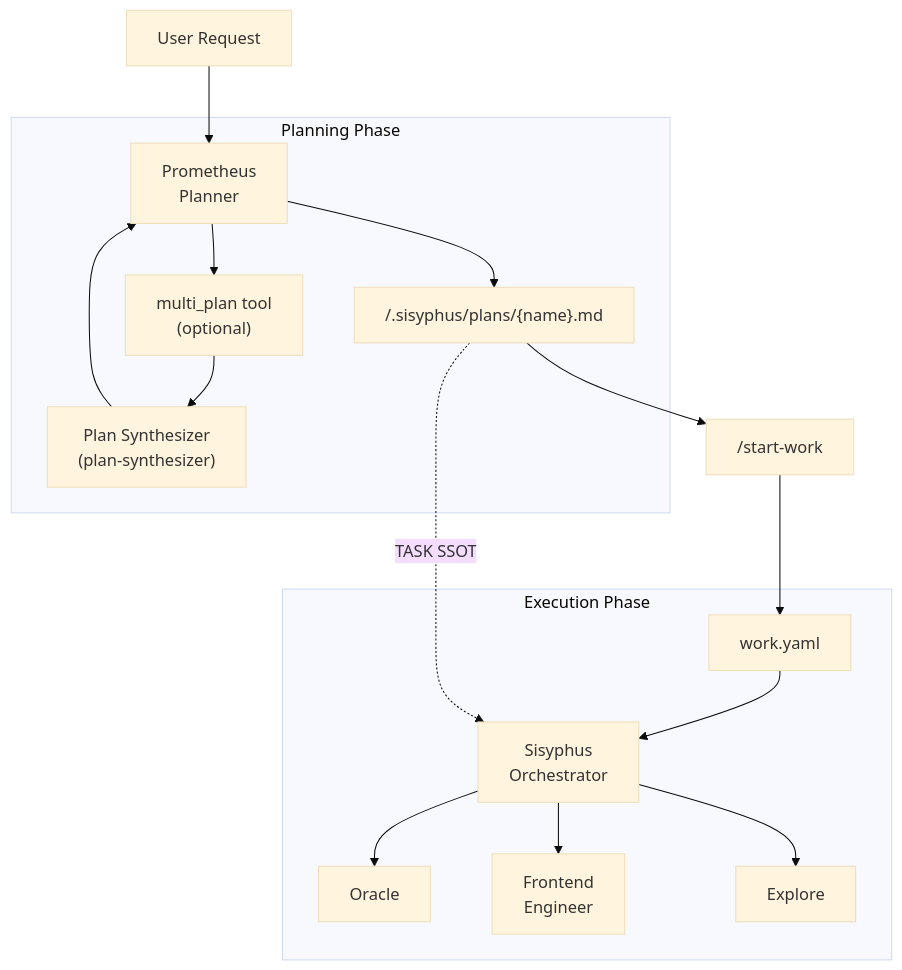
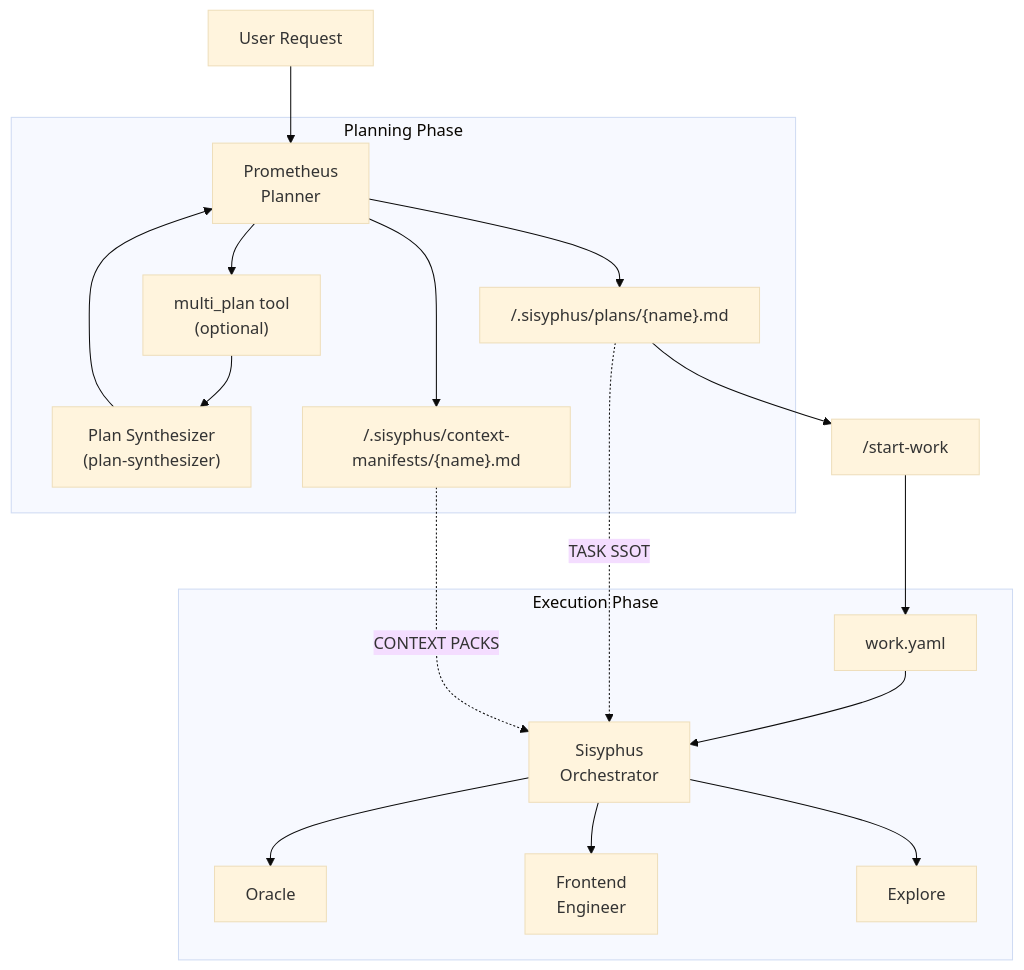
One commit to arcthur/oh-my-opencode changed the second of 2 diagrams in docs/guide/orchestration.md. Above: the diagram before and after it, drawn with Mermaid (base theme). The commit also changed other lines of this file and 29 other files, not shown here.

Commit message:
feat(context-manifests): deterministic packs (worktree-safe)

````diff
--- a/docs/guide/orchestration.md
+++ b/docs/guide/orchestration.md
@@ -40,22 +40,24 @@
 ```mermaid
 flowchart TD
     User[User Request] --> Prometheus
 
     subgraph Planning Phase
         Prometheus["Prometheus<br>Planner"] --> MultiPlan["multi_plan tool<br>(optional)"]
         MultiPlan --> Synth["Plan Synthesizer<br>(plan-synthesizer)"]
         Synth --> Prometheus
         Prometheus --> PlanFile["/.sisyphus/plans/{name}.md"]
+        Prometheus --> ManifestFile["/.sisyphus/context-manifests/{name}.md"]
     end
 
     PlanFile --> StartWork["/start-work"]
     StartWork --> WorkState[work.yaml]
 
     subgraph Execution Phase
         WorkState --> Sisyphus[Sisyphus<br>Orchestrator]
         PlanFile -.-> |"TASK SSOT"| Sisyphus
+        ManifestFile -.-> |"CONTEXT PACKS"| Sisyphus
         Sisyphus --> Oracle[Oracle]
         Sisyphus --> Frontend[Frontend<br>Engineer]
         Sisyphus --> Explore[Explore]
     end
 ```
````
